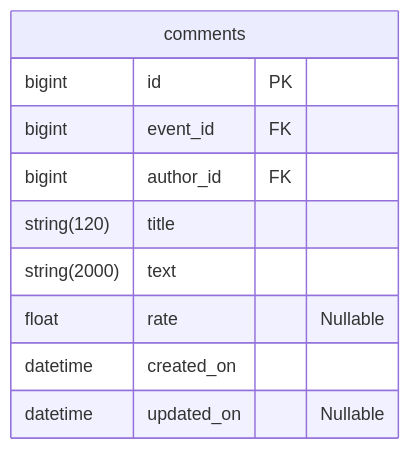
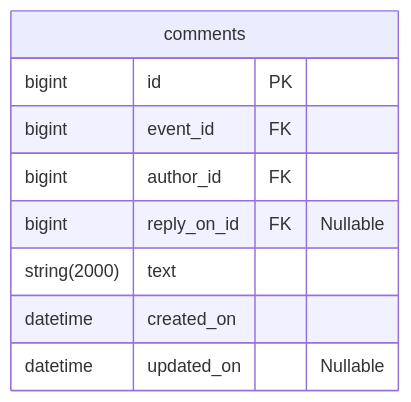
The diagram in README.md (MariaFantasy/java-explore-with-me-plus), drawn with Mermaid before and after one commit.

````diff
--- a/README.md
+++ b/README.md
@@ -9,13 +9,12 @@
 ```mermaid
 erDiagram
     comments {
         bigint id PK
         bigint event_id FK
         bigint author_id FK
-        string(120) title
+        bigint reply_on_id FK "Nullable"
         string(2000) text
-        float rate "Nullable"
         datetime created_on
         datetime updated_on "Nullable"
     }
 ```
````
